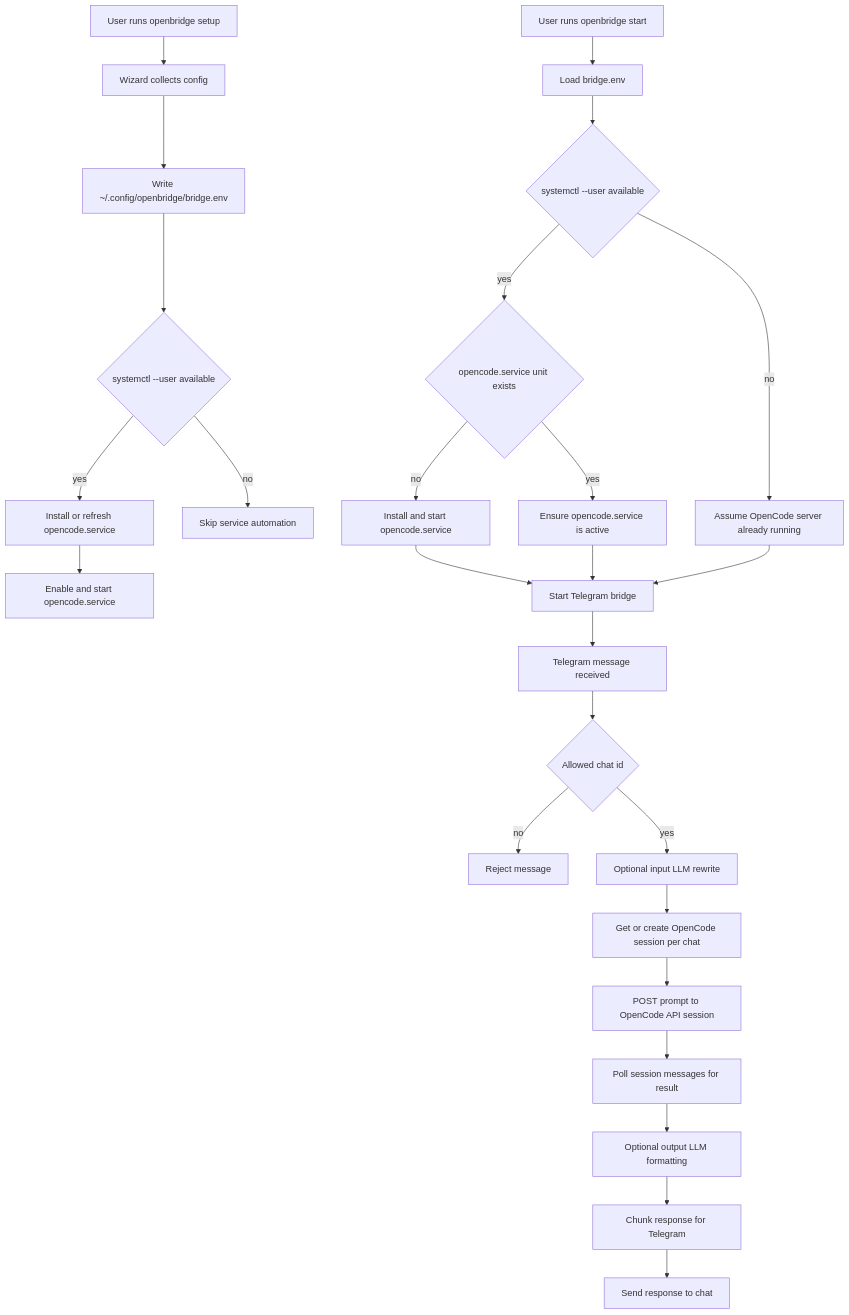
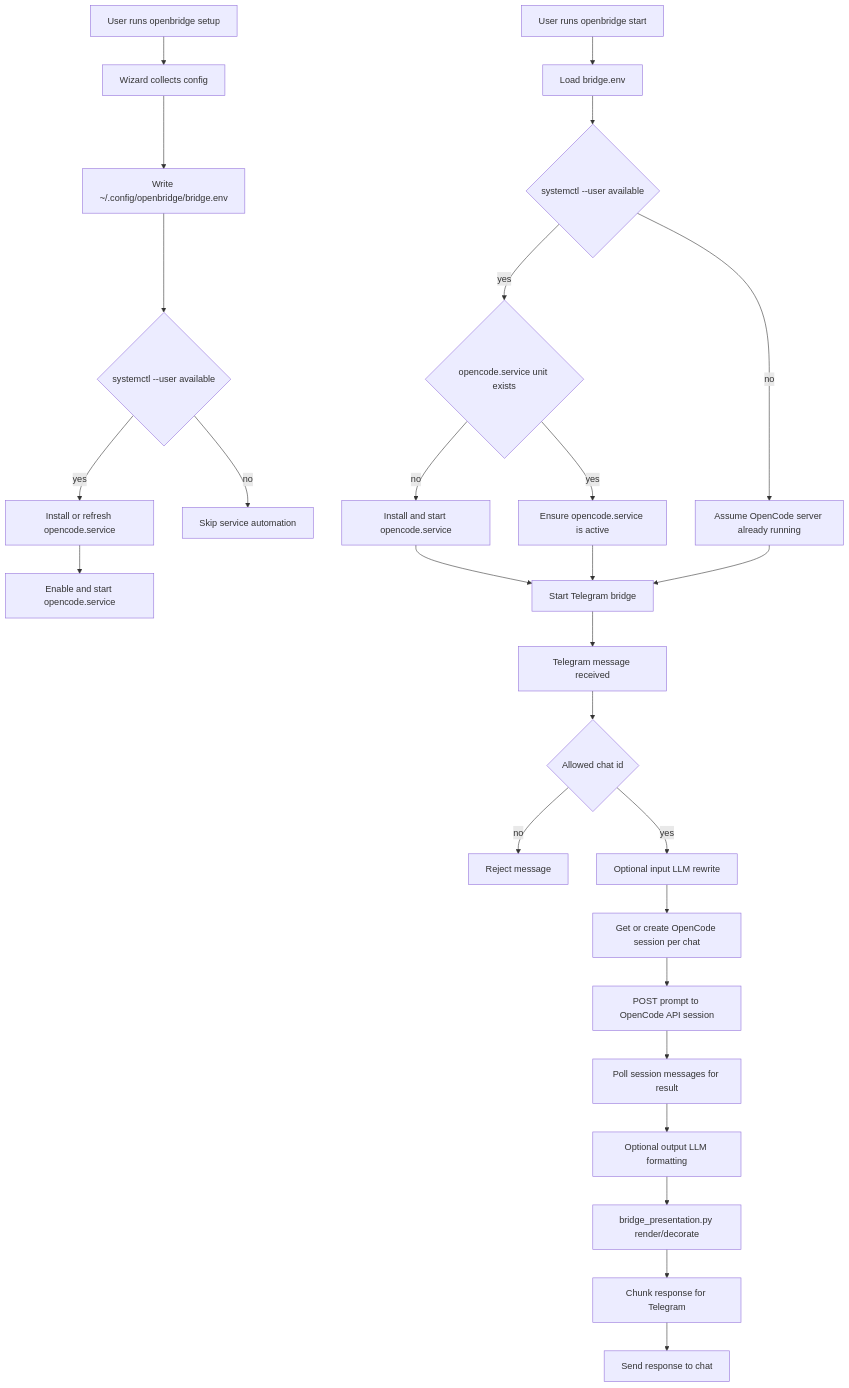
The first of 4 diagrams in README.md (ArindamTripathi619/openbridge), drawn with Mermaid before and after one commit. The commit also changed other lines of this file and 3 other files, not shown here.

````diff
--- a/README.md
+++ b/README.md
@@ -104,31 +104,32 @@
 ```mermaid
 flowchart TD
   A[User runs openbridge setup] --> B[Wizard collects config]
   B --> C[Write ~/.config/openbridge/bridge.env]
   C --> D{systemctl --user available}
   D -- yes --> E[Install or refresh opencode.service]
   E --> F[Enable and start opencode.service]
   D -- no --> G[Skip service automation]
 
   H[User runs openbridge start] --> I[Load bridge.env]
   I --> J{systemctl --user available}
   J -- yes --> K{opencode.service unit exists}
   K -- no --> L[Install and start opencode.service]
   K -- yes --> M[Ensure opencode.service is active]
   J -- no --> N[Assume OpenCode server already running]
 
   L --> O[Start Telegram bridge]
   M --> O
   N --> O
 
   O --> P[Telegram message received]
   P --> Q{Allowed chat id}
   Q -- no --> R[Reject message]
   Q -- yes --> S[Optional input LLM rewrite]
   S --> T[Get or create OpenCode session per chat]
   T --> U[POST prompt to OpenCode API session]
   U --> V[Poll session messages for result]
   V --> W[Optional output LLM formatting]
-  W --> X[Chunk response for Telegram]
-  X --> Y[Send response to chat]
+  W --> X[bridge_presentation.py render/decorate]
+  X --> Y[Chunk response for Telegram]
+  Y --> Z[Send response to chat]
 ```
````
